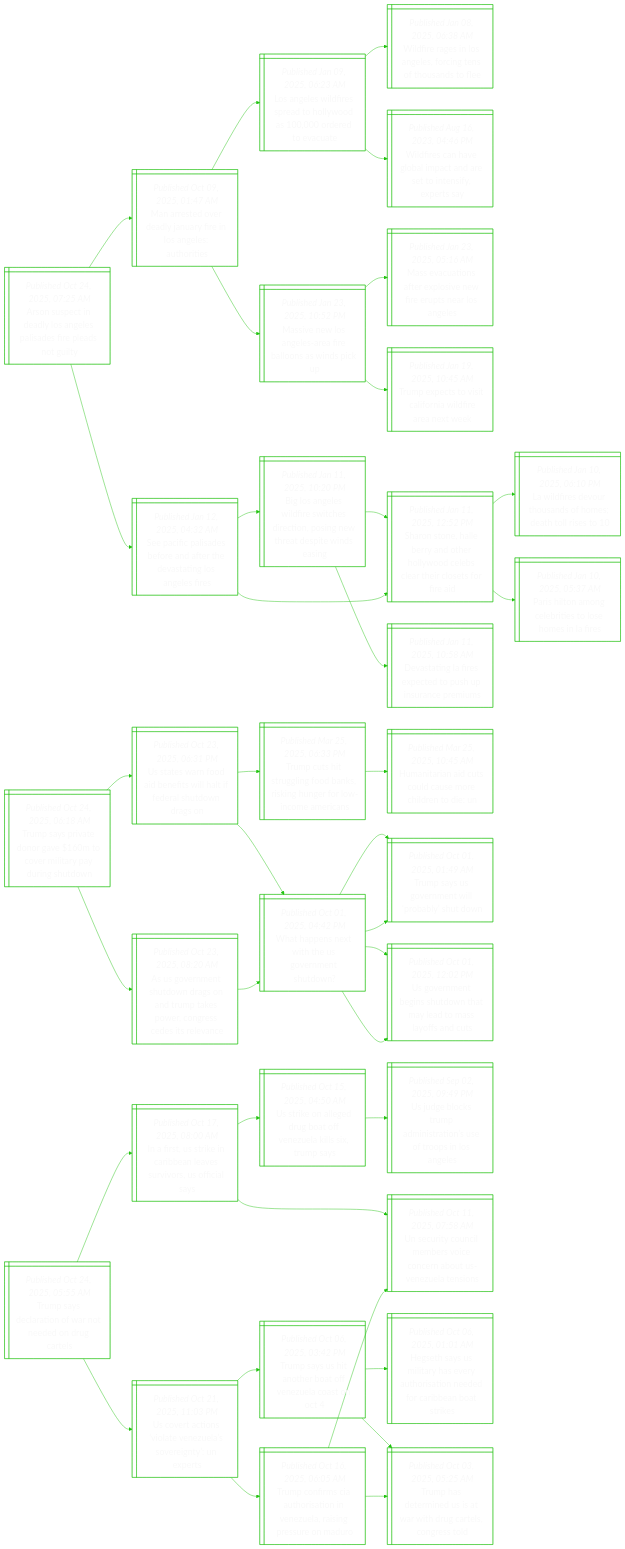
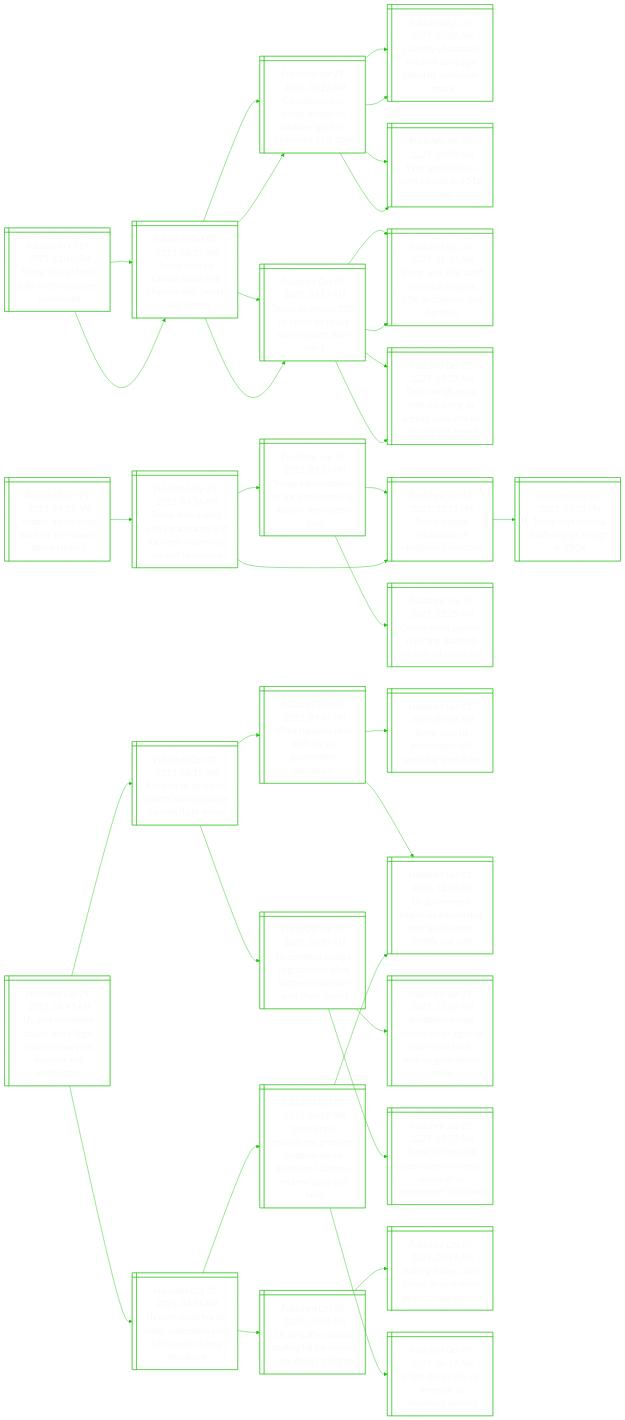
One commit to notJmes/notJmes changed the diagram in README.md. Above: the diagram before and after it, drawn with Mermaid. The commit also changed other lines of this file, not shown here.

````diff
--- a/README.md
+++ b/README.md
@@ -16,121 +16,115 @@
 flowchart LR
 classDef txtsize font-size:20px;
 
-AsceLgPaieol@{ shape: win-pane, label: "_Published Oct 24, 2025, 07:25 AM_
-Arson suspect in deadly los angeles palisades fire pleads not guilty" }
-Mrddyaroeui@{ shape: win-pane, label: "_Published Oct 09, 2025, 01:47 AM_
-Man arrested over deadly january fire in los angeles: authorities" }
-Lgwiptlddtc@{ shape: win-pane, label: "_Published Jan 09, 2025, 06:23 AM_
-Los angeles wildfires spread to hollywood as 100,000 ordered to evacuate" }
-WigLgfnsodl@{ shape: win-pane, label: "_Published Jan 08, 2025, 06:38 AM_
-Wildfire rages in los angeles, forcing tens of thousands to flee" }
-Wiaeaadenips@{ shape: win-pane, label: "_Published Aug 16, 2023, 04:46 PM_
-Wildfires can have global impact and are set to intensify, experts say" }
-MvLgailsnc@{ shape: win-pane, label: "_Published Jan 23, 2025, 10:52 PM_
-Massive new los angeles-area fire balloons as winds pick up" }
-Mvtaeseetrns@{ shape: win-pane, label: "_Published Jan 23, 2025, 05:16 AM_
-Mass evacuations after explosive new fire erupts near los angeles" }
-Tetiariraw@{ shape: win-pane, label: "_Published Jan 19, 2025, 10:45 AM_
-Trump expects to visit  california wildfire area next week" }
-ScPaeatesnAee@{ shape: win-pane, label: "_Published Jan 12, 2025, 04:32 AM_
-See pacific palisades before and after the devastating los angeles fires" }
-Bslleciiseesweg@{ shape: win-pane, label: "_Published Jan 11, 2025, 10:20 PM_
-Big los angeles wildfire switches direction, posing new threat despite winds easing" }
-Sneeytoollhlsid@{ shape: win-pane, label: "_Published Jan 11, 2025, 12:52 PM_
-Sharon stone, halle berry and other hollywood celebs clear their closets for fire aid" }
-Dtgrpdsnnes@{ shape: win-pane, label: "_Published Jan 11, 2025, 10:58 AM_
-Devastating la fires expected to push up insurance premiums" }
-Sneeytoollhlsid@{ shape: win-pane, label: "_Published Jan 11, 2025, 12:52 PM_
-Sharon stone, halle berry and other hollywood celebs clear their closets for fire aid" }
-Ldsuusmale@{ shape: win-pane, label: "_Published Jan 10, 2025, 06:10 PM_
-La wildfires devour thousands of homes; death toll rises to 10" }
-PHngbeomLe@{ shape: win-pane, label: "_Published Jan 10, 2025, 05:37 AM_
-Paris hilton among celebrities to lose homes in la fires" }
+Tsldkhdtn@{ shape: win-pane, label: "_Published Oct 24, 2025, 11:40 AM_
+Trump says all trade talks with canada are terminated" }
+Ttuaaanirar@{ shape: win-pane, label: "_Published Oct 08, 2025, 08:25 AM_
+Trump talks up canada trade deal chances with ‘world-class’ carney" }
+CasunSourist@{ shape: win-pane, label: "_Published Apr 29, 2025, 03:22 AM_
+Canada votes as trump renews us takeover push for ‘cherished 51st state’" }
+LaastagtVut@{ shape: win-pane, label: "_Published Apr 28, 2025, 02:06 AM_
+Last day of canada’s election campaign jolted by vancouver attack" }
+Wuenaaa@{ shape: win-pane, label: "_Published Jan 08, 2025, 05:00 AM_
+Why would the us want canada as a 51st state?" }
+TtotfermsN@{ shape: win-pane, label: "_Published Oct 07, 2025, 03:17 AM_
+Trump to impose 25% us tariffs on heavy truck imports from nov 1" }
+Tsaobpoiarr@{ shape: win-pane, label: "_Published Sep 30, 2025, 11:40 AM_
+Trump sets 10% tariff on lumber imports, 25% on cabinets and furniture" }
+TfgSfrsvocrrth@{ shape: win-pane, label: "_Published Oct 02, 2025, 08:35 AM_
+Tariffs weigh on us manufacturing as activity contracts for 7th straight month" }
+Ttuaaanirar@{ shape: win-pane, label: "_Published Oct 08, 2025, 08:25 AM_
+Trump talks up canada trade deal chances with ‘world-class’ carney" }
+CasunSourist@{ shape: win-pane, label: "_Published Apr 29, 2025, 03:22 AM_
+Canada votes as trump renews us takeover push for ‘cherished 51st state’" }
+LaastagtVut@{ shape: win-pane, label: "_Published Apr 28, 2025, 02:06 AM_
+Last day of canada’s election campaign jolted by vancouver attack" }
+Wuenaaa@{ shape: win-pane, label: "_Published Jan 08, 2025, 05:00 AM_
+Why would the us want canada as a 51st state?" }
+TtotfermsN@{ shape: win-pane, label: "_Published Oct 07, 2025, 03:17 AM_
+Trump to impose 25% us tariffs on heavy truck imports from nov 1" }
+Tsaobpoiarr@{ shape: win-pane, label: "_Published Sep 30, 2025, 11:40 AM_
+Trump sets 10% tariff on lumber imports, 25% on cabinets and furniture" }
+TfgSfrsvocrrth@{ shape: win-pane, label: "_Published Oct 02, 2025, 08:35 AM_
+Tariffs weigh on us manufacturing as activity contracts for 7th straight month" }
 
-AsceLgPaieol:::txtsize --> Mrddyaroeui:::txtsize
-Mrddyaroeui:::txtsize --> Lgwiptlddtc:::txtsize
-Lgwiptlddtc:::txtsize --> WigLgfnsodl:::txtsize
-Lgwiptlddtc:::txtsize --> Wiaeaadenips:::txtsize
-Mrddyaroeui:::txtsize --> MvLgailsnc:::txtsize
-MvLgailsnc:::txtsize --> Mvtaeseetrns:::txtsize
-MvLgailsnc:::txtsize --> Tetiariraw:::txtsize
-AsceLgPaieol:::txtsize --> ScPaeatesnAee:::txtsize
-ScPaeatesnAee:::txtsize --> Bslleciiseesweg:::txtsize
-Bslleciiseesweg:::txtsize --> Sneeytoollhlsid:::txtsize
-Bslleciiseesweg:::txtsize --> Dtgrpdsnnes:::txtsize
-ScPaeatesnAee:::txtsize --> Sneeytoollhlsid:::txtsize
-Sneeytoollhlsid:::txtsize --> Ldsuusmale:::txtsize
-Sneeytoollhlsid:::txtsize --> PHngbeomLe:::txtsize
+Tsldkhdtn:::txtsize --> Ttuaaanirar:::txtsize
+Ttuaaanirar:::txtsize --> CasunSourist:::txtsize
+CasunSourist:::txtsize --> LaastagtVut:::txtsize
+CasunSourist:::txtsize --> Wuenaaa:::txtsize
+Ttuaaanirar:::txtsize --> TtotfermsN:::txtsize
+TtotfermsN:::txtsize --> Tsaobpoiarr:::txtsize
+TtotfermsN:::txtsize --> TfgSfrsvocrrth:::txtsize
+Tsldkhdtn:::txtsize --> Ttuaaanirar:::txtsize
+Ttuaaanirar:::txtsize --> CasunSourist:::txtsize
+CasunSourist:::txtsize --> LaastagtVut:::txtsize
+CasunSourist:::txtsize --> Wuenaaa:::txtsize
+Ttuaaanirar:::txtsize --> TtotfermsN:::txtsize
+TtotfermsN:::txtsize --> Tsaobpoiarr:::txtsize
+TtotfermsN:::txtsize --> TfgSfrsvocrrth:::txtsize
 
-Tsrermvlyuso@{ shape: win-pane, label: "_Published Oct 24, 2025, 06:18 AM_
-Trump says private donor gave $160m to cover military pay during shutdown" }
-Utrdetliehwg@{ shape: win-pane, label: "_Published Oct 23, 2025, 06:31 PM_
-Us states warn food aid benefits will halt if federal shutdown drags on" }
-Tciundsinoiei@{ shape: win-pane, label: "_Published Mar 25, 2025, 06:33 PM_
-Trump cuts hit struggling food banks, risking hunger for low-income americans" }
-Hiacoaoine@{ shape: win-pane, label: "_Published Mar 25, 2025, 10:45 AM_
-Humanitarian aid cuts could cause more children to die: un" }
+Atuucesuec@{ shape: win-pane, label: "_Published Oct 24, 2025, 09:59 AM_
+Autistic adults push back on ‘fear-based’ trump rhetoric" }
+Tlampelaeitece@{ shape: win-pane, label: "_Published Sep 23, 2025, 04:56 AM_
+Trump links autism with paracetamol and vaccines, claims not backed by science" }
+Taitopeltago@{ shape: win-pane, label: "_Published Sep 22, 2025, 08:53 PM_
+Trump administration to link paracetamol to autism: washington post" }
+TwskoisC@{ shape: win-pane, label: "_Published Sep 13, 2025, 12:58 PM_
+Trump weighs crackdown on medicines from china" }
+Osptegdaedo@{ shape: win-pane, label: "_Published Sep 16, 2025, 02:25 AM_
+One in six us parents rejecting standard vaccine schedule: poll" }
+TwskoisC@{ shape: win-pane, label: "_Published Sep 13, 2025, 12:58 PM_
+Trump weighs crackdown on medicines from china" }
+Tshtfog@{ shape: win-pane, label: "_Published Aug 05, 2025, 09:50 PM_
+Trump says pharma tariff may go as high as 250%" }
+
+Atuucesuec:::txtsize --> Tlampelaeitece:::txtsize
+Tlampelaeitece:::txtsize --> Taitopeltago:::txtsize
+Taitopeltago:::txtsize --> TwskoisC:::txtsize
+Taitopeltago:::txtsize --> Osptegdaedo:::txtsize
+Tlampelaeitece:::txtsize --> TwskoisC:::txtsize
+TwskoisC:::txtsize --> Tshtfog:::txtsize
+
+UtdamldswHoWn@{ shape: win-pane, label: "_Published Oct 24, 2025, 08:43 AM_
+Us govt shutdown causes more flight delays in new york, houston and washington" }
+Fyifolfscngl@{ shape: win-pane, label: "_Published Oct 20, 2025, 08:12 AM_
+Faa says us air traffic control staffing issues causing flight delays" }
 Waswhomhw@{ shape: win-pane, label: "_Published Oct 01, 2025, 04:42 PM_
 What happens next with the us government shutdown?" }
 TsSrtpbun@{ shape: win-pane, label: "_Published Oct 01, 2025, 01:49 AM_
 Trump says us government will ‘probably’ shut down" }
 Ueniunmaayat@{ shape: win-pane, label: "_Published Oct 01, 2025, 12:02 PM_
 Us government begins shutdown that may lead to mass layoffs and cuts" }
-Aomhwgnmeegcilc@{ shape: win-pane, label: "_Published Oct 23, 2025, 08:20 AM_
-As us government shutdown drags on and trump takes power, congress cedes its relevance" }
-Waswhomhw@{ shape: win-pane, label: "_Published Oct 01, 2025, 04:42 PM_
-What happens next with the us government shutdown?" }
-TsSrtpbun@{ shape: win-pane, label: "_Published Oct 01, 2025, 01:49 AM_
-Trump says us government will ‘probably’ shut down" }
+Ugbttoaphesd@{ shape: win-pane, label: "_Published Sep 29, 2025, 08:35 AM_
+Us congress budget negotiations: what happens when the govt shuts down?" }
+RlsDroeorleomp@{ shape: win-pane, label: "_Published Sep 29, 2025, 12:28 AM_
+Republicans urge democrats to agree to short-term bill to keep us government open" }
+Ttscaemafveun@{ shape: win-pane, label: "_Published Sep 26, 2025, 08:50 AM_
+Threat of mass job cuts raises economic stakes of us government shutdown" }
+Utdaacosawuso@{ shape: win-pane, label: "_Published Oct 10, 2025, 04:54 AM_
+Us govt could fire air traffic controllers who fail to work during shutdown" }
+Utittnfcaaft@{ shape: win-pane, label: "_Published Oct 08, 2025, 08:05 AM_
+Us air traffic control staffing hit for second day, delaying flights" }
+Sisaeaithws@{ shape: win-pane, label: "_Published Oct 07, 2025, 07:49 AM_
+Staffing issues cause delays at us airports as shutdown persists" }
+DreipdoeSdletpon@{ shape: win-pane, label: "_Published Oct 09, 2025, 06:08 PM_
+Democrats, republicans, president to blame for us shutdown? all three, reuters/ipsos poll finds" }
 Ueniunmaayat@{ shape: win-pane, label: "_Published Oct 01, 2025, 12:02 PM_
 Us government begins shutdown that may lead to mass layoffs and cuts" }
+FtyerSuni@{ shape: win-pane, label: "_Published Oct 09, 2025, 06:59 AM_
+Flight delays pile up across us as shutdown persists" }
 
-Tsrermvlyuso:::txtsize --> Utrdetliehwg:::txtsize
-Utrdetliehwg:::txtsize --> Tciundsinoiei:::txtsize
-Tciundsinoiei:::txtsize --> Hiacoaoine:::txtsize
-Utrdetliehwg:::txtsize --> Waswhomhw:::txtsize
+UtdamldswHoWn:::txtsize --> Fyifolfscngl:::txtsize
+Fyifolfscngl:::txtsize --> Waswhomhw:::txtsize
 Waswhomhw:::txtsize --> TsSrtpbun:::txtsize
 Waswhomhw:::txtsize --> Ueniunmaayat:::txtsize
-Tsrermvlyuso:::txtsize --> Aomhwgnmeegcilc:::txtsize
-Aomhwgnmeegcilc:::txtsize --> Waswhomhw:::txtsize
-Waswhomhw:::txtsize --> TsSrtpbun:::txtsize
-Waswhomhw:::txtsize --> Ueniunmaayat:::txtsize
-
-Tseaonencl@{ shape: win-pane, label: "_Published Oct 24, 2025, 05:55 AM_
-Trump says declaration of war not needed on drug cartels" }
-Irseravrrfas@{ shape: win-pane, label: "_Published Oct 17, 2025, 08:00 AM_
-In a first, us strike in caribbean leaves survivors, us official says" }
-UiaegonllTs@{ shape: win-pane, label: "_Published Oct 15, 2025, 04:50 AM_
-Us strike on alleged drug boat off venezuela kills six, trump says" }
-Ugcumtoeonns@{ shape: win-pane, label: "_Published Sep 02, 2025, 09:49 PM_
-Us judge blocks trump administration’s use of troops in los angeles" }
-UuCiboontnls@{ shape: win-pane, label: "_Published Oct 11, 2025, 07:58 AM_
-Un security council members voice concern about us-venezuela tensions" }
-Uetvteaenet@{ shape: win-pane, label: "_Published Oct 21, 2025, 11:03 PM_
-Us covert actions ‘violate venezuela’s sovereignty’: un experts" }
-TsSnronlsc@{ shape: win-pane, label: "_Published Oct 06, 2025, 03:42 PM_
-Trump says us hit another boat off venezuela coast on oct 4" }
-Htslyvuiodrbbts@{ shape: win-pane, label: "_Published Oct 06, 2025, 01:01 AM_
-Hegseth says us military has every authorisation needed for caribbean boat strikes" }
-Thtniahclgt@{ shape: win-pane, label: "_Published Oct 03, 2025, 05:25 AM_
-Trump has determined us is at war with drug cartels, congress told" }
-TcrAotnzrnsou@{ shape: win-pane, label: "_Published Oct 16, 2025, 06:05 AM_
-Trump confirms cia authorisation in venezuela, raising pressure on maduro" }
-Thtniahclgt@{ shape: win-pane, label: "_Published Oct 03, 2025, 05:25 AM_
-Trump has determined us is at war with drug cartels, congress told" }
-UuCiboontnls@{ shape: win-pane, label: "_Published Oct 11, 2025, 07:58 AM_
-Un security council members voice concern about us-venezuela tensions" }
-
-Tseaonencl:::txtsize --> Irseravrrfas:::txtsize
-Irseravrrfas:::txtsize --> UiaegonllTs:::txtsize
-UiaegonllTs:::txtsize --> Ugcumtoeonns:::txtsize
-Irseravrrfas:::txtsize --> UuCiboontnls:::txtsize
-Tseaonencl:::txtsize --> Uetvteaenet:::txtsize
-Uetvteaenet:::txtsize --> TsSnronlsc:::txtsize
-TsSnronlsc:::txtsize --> Htslyvuiodrbbts:::txtsize
-TsSnronlsc:::txtsize --> Thtniahclgt:::txtsize
-Uetvteaenet:::txtsize --> TcrAotnzrnsou:::txtsize
-TcrAotnzrnsou:::txtsize --> Thtniahclgt:::txtsize
-TcrAotnzrnsou:::txtsize --> UuCiboontnls:::txtsize
+Fyifolfscngl:::txtsize --> Ugbttoaphesd:::txtsize
+Ugbttoaphesd:::txtsize --> RlsDroeorleomp:::txtsize
+Ugbttoaphesd:::txtsize --> Ttscaemafveun:::txtsize
+UtdamldswHoWn:::txtsize --> Utdaacosawuso:::txtsize
+Utdaacosawuso:::txtsize --> Utittnfcaaft:::txtsize
+Utittnfcaaft:::txtsize --> Sisaeaithws:::txtsize
+Utdaacosawuso:::txtsize --> DreipdoeSdletpon:::txtsize
+DreipdoeSdletpon:::txtsize --> Ueniunmaayat:::txtsize
+DreipdoeSdletpon:::txtsize --> FtyerSuni:::txtsize
 
 ```
````
